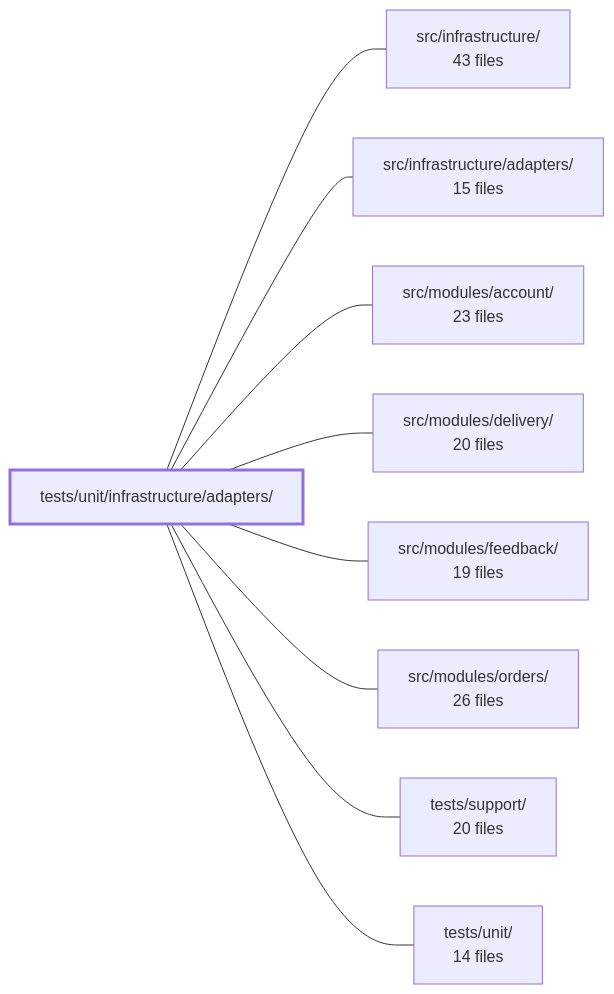
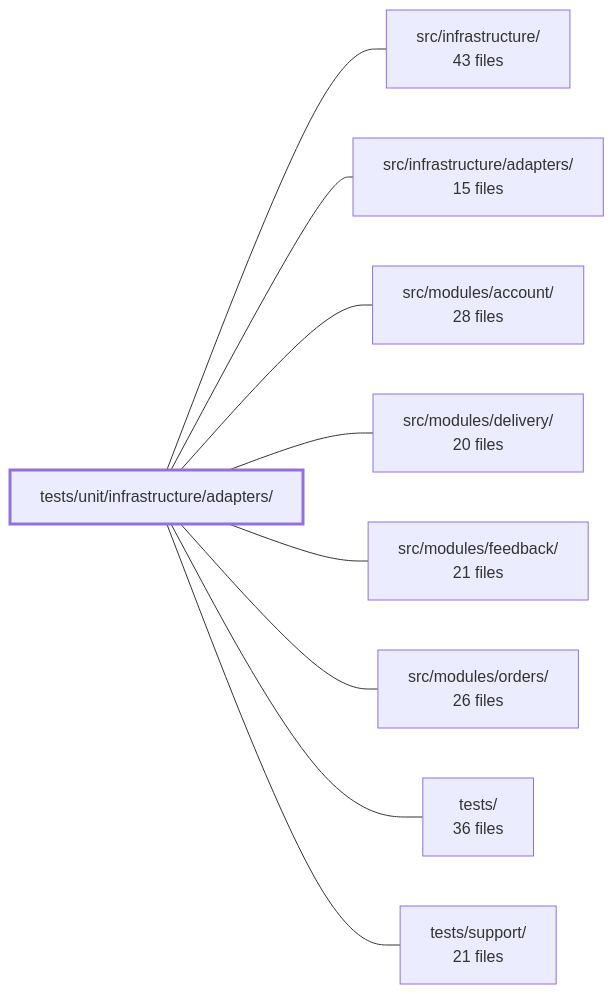
Before and after one commit to Guebbit/boilerplate-node-backend: the diagram in .2repo/modules/boilerplate-node-backend_tests_unit_infrastructure_adapters.md, drawn with Mermaid. The commit also changed other lines of this file and 302 other files, not shown here.

First line of the commit message:
chore(2repo): refresh repo context, wiki, and architecture snapshots

````diff
--- a/.2repo/modules/boilerplate-node-backend_tests_unit_infrastructure_adapters.md
+++ b/.2repo/modules/boilerplate-node-backend_tests_unit_infrastructure_adapters.md
@@ -41,21 +40,21 @@
 ```mermaid
 flowchart LR
     m_tests_unit_infrastructure_adapters["tests/unit/infrastructure/adapters/"]
     m_src_infrastructure["src/infrastructure/<br/>43 files"]
     m_src_infrastructure_adapters["src/infrastructure/adapters/<br/>15 files"]
-    m_src_modules_account["src/modules/account/<br/>23 files"]
+    m_src_modules_account["src/modules/account/<br/>28 files"]
     m_src_modules_delivery["src/modules/delivery/<br/>20 files"]
-    m_src_modules_feedback["src/modules/feedback/<br/>19 files"]
+    m_src_modules_feedback["src/modules/feedback/<br/>21 files"]
     m_src_modules_orders["src/modules/orders/<br/>26 files"]
-    m_tests_support["tests/support/<br/>20 files"]
-    m_tests_unit["tests/unit/<br/>14 files"]
+    m_tests["tests/<br/>36 files"]
+    m_tests_support["tests/support/<br/>21 files"]
     m_tests_unit_infrastructure_adapters --- m_src_infrastructure
     m_tests_unit_infrastructure_adapters --- m_src_infrastructure_adapters
     m_tests_unit_infrastructure_adapters --- m_src_modules_account
     m_tests_unit_infrastructure_adapters --- m_src_modules_delivery
     m_tests_unit_infrastructure_adapters --- m_src_modules_feedback
     m_tests_unit_infrastructure_adapters --- m_src_modules_orders
+    m_tests_unit_infrastructure_adapters --- m_tests
     m_tests_unit_infrastructure_adapters --- m_tests_support
-    m_tests_unit_infrastructure_adapters --- m_tests_unit
     style m_tests_unit_infrastructure_adapters stroke-width:3px
 ```
````
